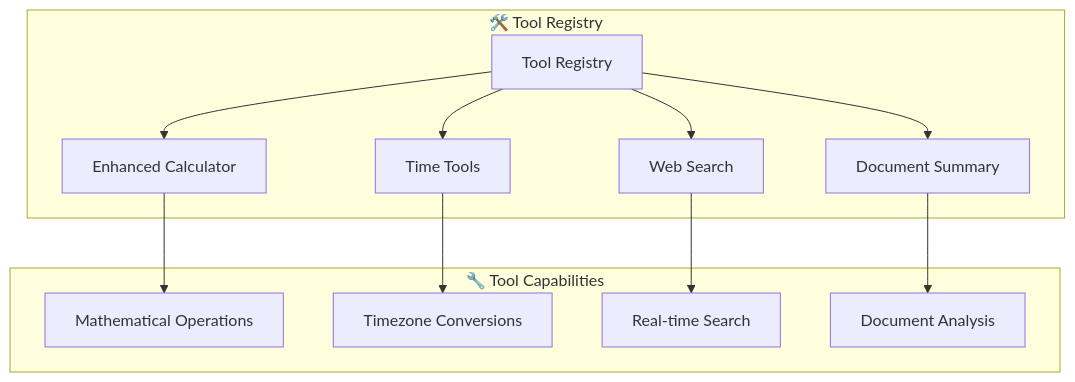
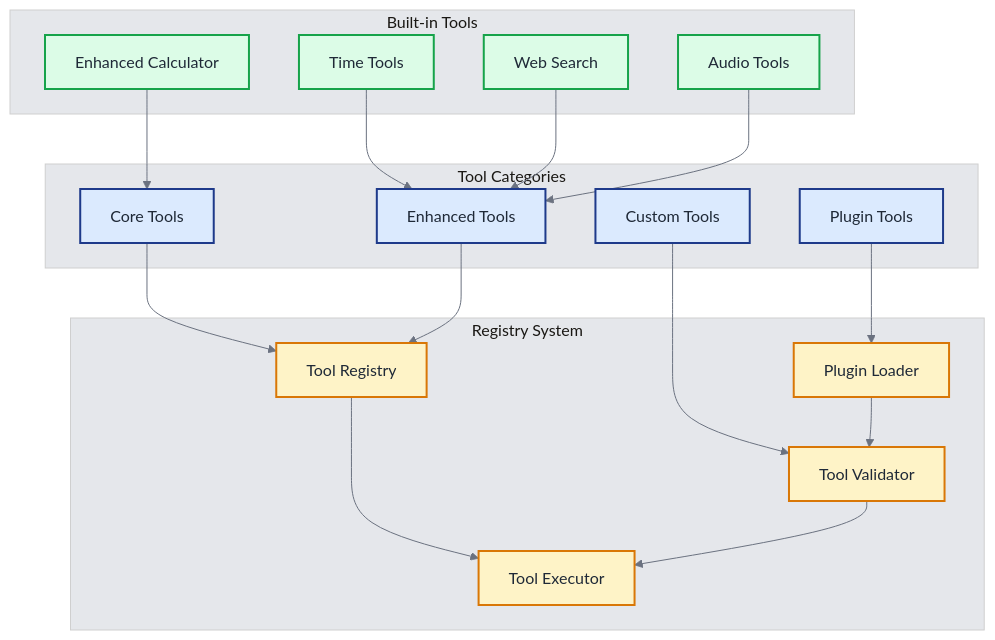
The fifth of 14 diagrams in docs/ARCHITECTURE.md (khaosans/basic-chat), drawn with Mermaid before and after one commit. The commit also changed other lines of this file and 10 other files, not shown here.

````diff
--- a/docs/ARCHITECTURE.md
+++ b/docs/ARCHITECTURE.md
@@ -212,27 +329,46 @@
 ```mermaid
-graph TD
-    subgraph "🛠️ Tool Registry"
-        TR[Tool Registry]
+%%{init: {'theme': 'base', 'themeVariables': { 'fontSize': '16px', 'fontFamily': 'Arial, sans-serif', 'primaryColor': '#1e3a8a', 'primaryTextColor': '#1f2937', 'primaryBorderColor': '#374151', 'lineColor': '#6b7280', 'secondaryColor': '#f3f4f6', 'tertiaryColor': '#e5e7eb', 'edgeLabelBackground': '#f9fafb'}}}%%
+graph TB
+    subgraph "Tool Categories"
+        CORE[Core Tools]
+        ENHANCED[Enhanced Tools]
+        PLUGINS[Plugin Tools]
+        CUSTOM[Custom Tools]
+    end
+    
+    subgraph "Registry System"
+        REGISTRY[Tool Registry]
+        LOADER[Plugin Loader]
+        VALIDATOR[Tool Validator]
+        EXECUTOR[Tool Executor]
+    end
+    
+    subgraph "Built-in Tools"
         CALC[Enhanced Calculator]
         TIME[Time Tools]
         WEB[Web Search]
-        DOC[Document Summary]
+        AUDIO[Audio Tools]
     end
     
-    subgraph "🔧 Tool Capabilities"
-        MATH[Mathematical Operations]
-        TZ[Timezone Conversions]
-        SEARCH[Real-time Search]
-        SUMMARY[Document Analysis]
-    end
+    CORE --> REGISTRY
+    ENHANCED --> REGISTRY
+    PLUGINS --> LOADER
+    CUSTOM --> VALIDATOR
     
-    TR --> CALC
-    TR --> TIME
-    TR --> WEB
-    TR --> DOC
+    REGISTRY --> EXECUTOR
+    LOADER --> VALIDATOR
+    VALIDATOR --> EXECUTOR
     
-    CALC --> MATH
-    TIME --> TZ
-    WEB --> SEARCH
-    DOC --> SUMMARY
+    CALC --> CORE
+    TIME --> ENHANCED
+    WEB --> ENHANCED
+    AUDIO --> ENHANCED
+    
+    classDef categories fill:#dbeafe,stroke:#1e3a8a,stroke-width:2px,color:#1f2937
+    classDef system fill:#fef3c7,stroke:#d97706,stroke-width:2px,color:#1f2937
+    classDef tools fill:#dcfce7,stroke:#16a34a,stroke-width:2px,color:#1f2937
+    
+    class CORE,ENHANCED,PLUGINS,CUSTOM categories
+    class REGISTRY,LOADER,VALIDATOR,EXECUTOR system
+    class CALC,TIME,WEB,AUDIO tools
 ```
````
